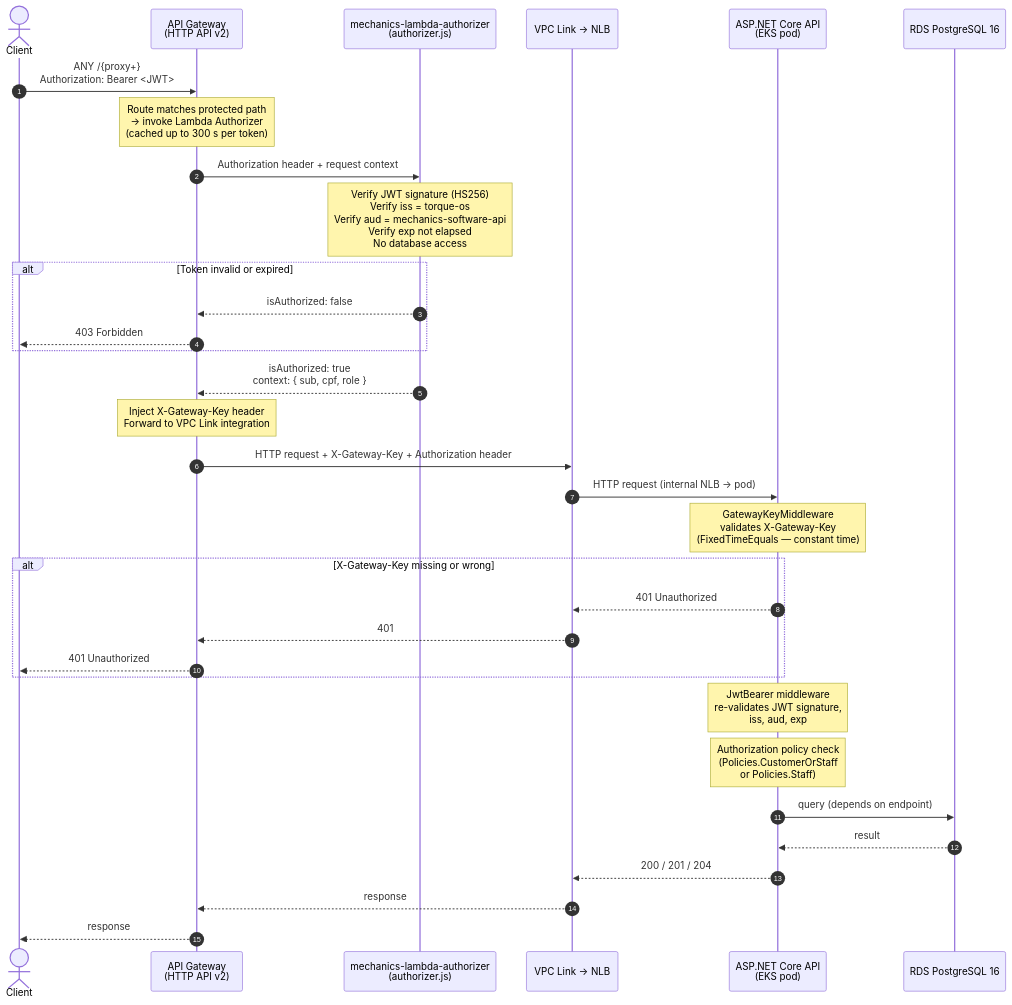
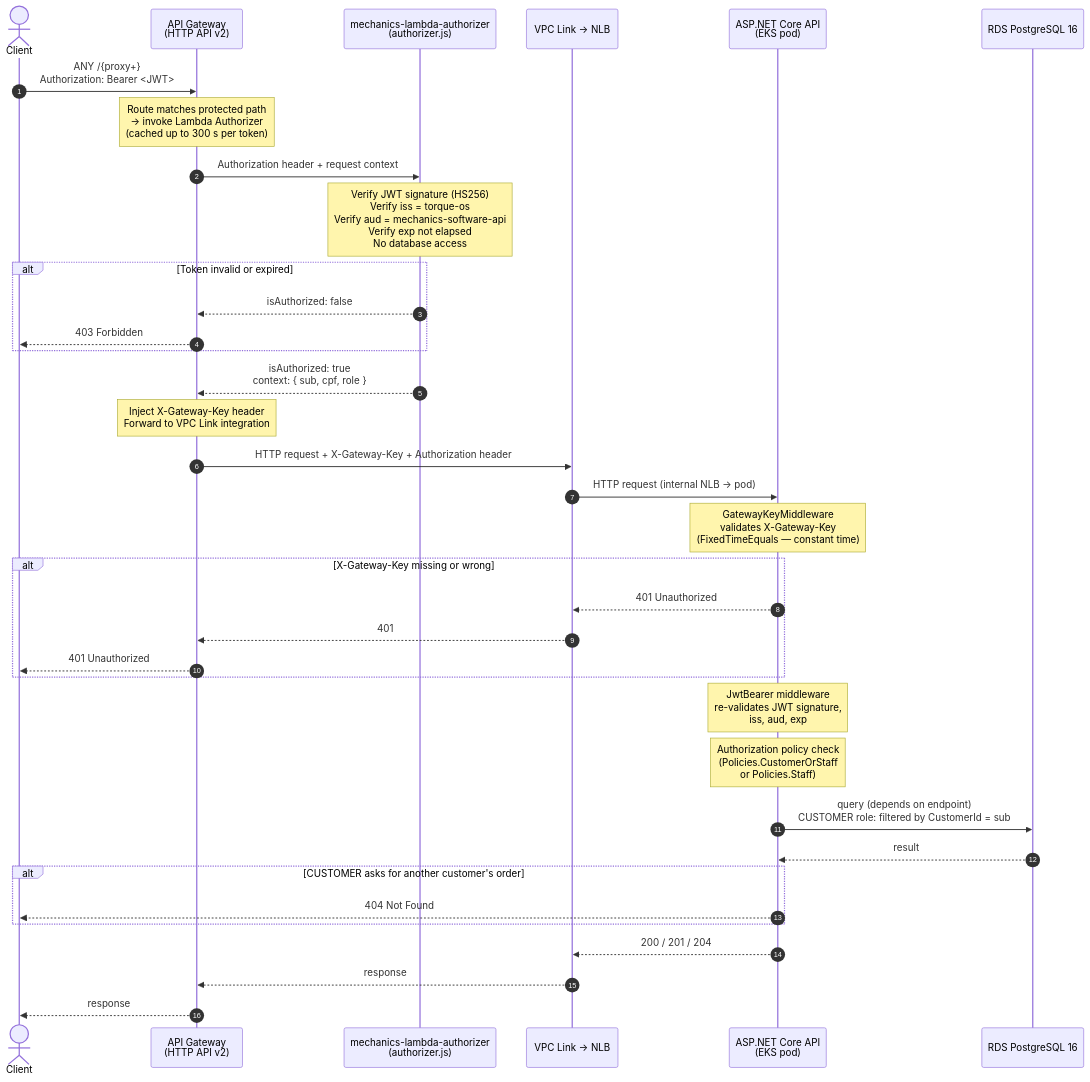
One commit to Torque-OS/mechanics-software changed the second of 2 diagrams in docs/architecture/sequence-cpf-auth.md. Above: the diagram before and after it, drawn with Mermaid. The commit also changed other lines of this file and 3 other files, not shown here.

````diff
--- a/docs/architecture/sequence-cpf-auth.md
+++ b/docs/architecture/sequence-cpf-auth.md
@@ -58,49 +58,53 @@
 ```mermaid
 sequenceDiagram
     autonumber
     actor Client
     participant APIGW   as API Gateway<br/>(HTTP API v2)
     participant Authz   as mechanics-lambda-authorizer<br/>(authorizer.js)
     participant VPCLink as VPC Link → NLB
     participant API     as ASP.NET Core API<br/>(EKS pod)
     participant RDS     as RDS PostgreSQL 16
 
     Client->>APIGW: ANY /{proxy+}<br/>Authorization: Bearer <JWT>
 
     note over APIGW: Route matches protected path<br/>→ invoke Lambda Authorizer<br/>(cached up to 300 s per token)
 
     APIGW->>Authz: Authorization header + request context
 
     note over Authz: Verify JWT signature (HS256)<br/>Verify iss = torque-os<br/>Verify aud = mechanics-software-api<br/>Verify exp not elapsed<br/>No database access
 
     alt Token invalid or expired
         Authz-->>APIGW: isAuthorized: false
         APIGW-->>Client: 403 Forbidden
     end
 
     Authz-->>APIGW: isAuthorized: true<br/>context: { sub, cpf, role }
 
     note over APIGW: Inject X-Gateway-Key header<br/>Forward to VPC Link integration
 
     APIGW->>VPCLink: HTTP request + X-Gateway-Key + Authorization header
     VPCLink->>API: HTTP request (internal NLB → pod)
 
     note over API: GatewayKeyMiddleware<br/>validates X-Gateway-Key<br/>(FixedTimeEquals — constant time)
 
     alt X-Gateway-Key missing or wrong
         API-->>VPCLink: 401 Unauthorized
         VPCLink-->>APIGW: 401
         APIGW-->>Client: 401 Unauthorized
     end
 
     note over API: JwtBearer middleware<br/>re-validates JWT signature,<br/>iss, aud, exp
 
     note over API: Authorization policy check<br/>(Policies.CustomerOrStaff<br/>or Policies.Staff)
 
-    API->>RDS: query (depends on endpoint)
+    API->>RDS: query (depends on endpoint)<br/>CUSTOMER role: filtered by CustomerId = sub
     RDS-->>API: result
+
+    alt CUSTOMER asks for another customer's order
+        API-->>Client: 404 Not Found
+    end
 
     API-->>VPCLink: 200 / 201 / 204
     VPCLink-->>APIGW: response
     APIGW-->>Client: response
 ```
````
